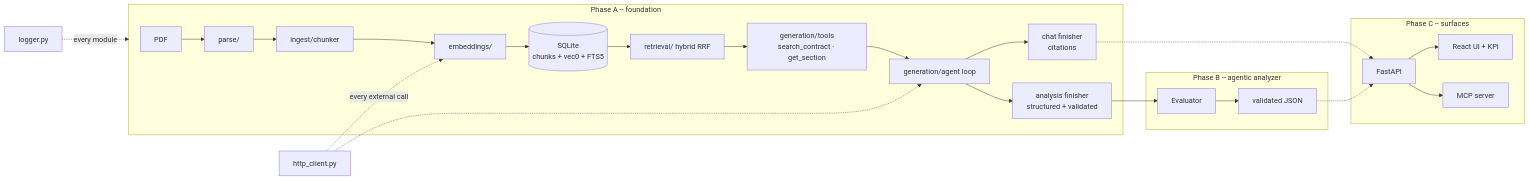
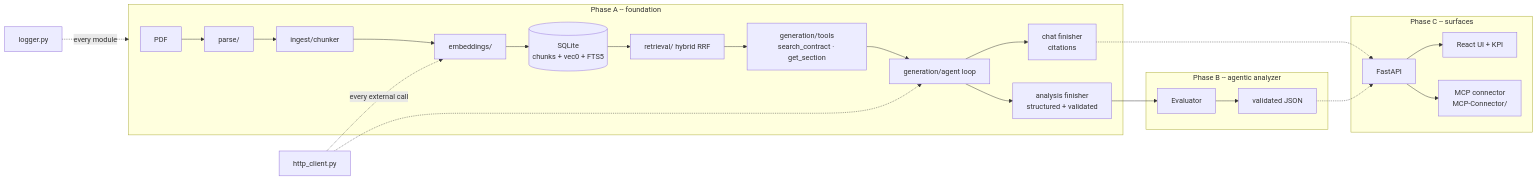
The diagram in docs/architecture.md (AmirrezaSLH/contract_analyzer), drawn with Mermaid before and after one commit. The commit also changed other lines of this file and 3 other files, not shown here.

````diff
--- a/docs/architecture.md
+++ b/docs/architecture.md
@@ -19,26 +19,26 @@
 ```mermaid
 flowchart LR
     subgraph Foundation["Phase A -- foundation"]
         PDF[PDF] --> P[parse/]
         P --> C[ingest/chunker]
         C --> E[embeddings/]
         E --> DB[(SQLite<br/>chunks + vec0 + FTS5)]
         DB --> R[retrieval/ hybrid RRF]
         R --> T[generation/tools<br/>search_contract · get_section]
         T --> A[generation/agent loop]
         A --> CH[chat finisher<br/>citations]
         A --> AN[analysis finisher<br/>structured + validated]
     end
     subgraph Analysis["Phase B -- agentic analyzer"]
         AN --> Evaluator --> JSON[validated JSON]
     end
     subgraph Later["Phase C -- surfaces"]
         API[FastAPI] --> UI[React UI + KPI]
-        API --> MCP[MCP server]
+        API --> MCP[MCP connector<br/>MCP-Connector/]
     end
     CH -.-> API
     JSON -.-> API
     L[logger.py] -.->|every module| Foundation
     H[http_client.py] -.->|every external call| E
     H -.-> A
 ```
````
